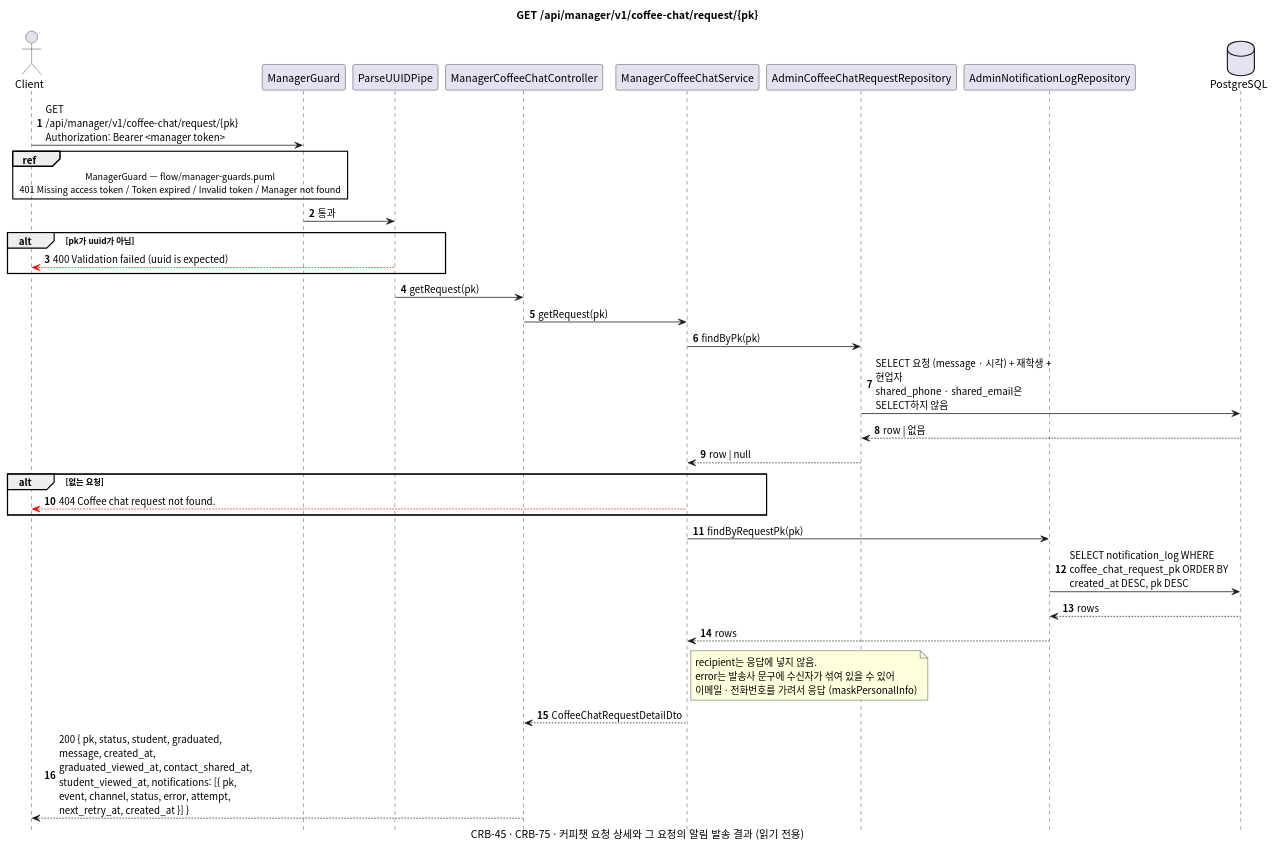
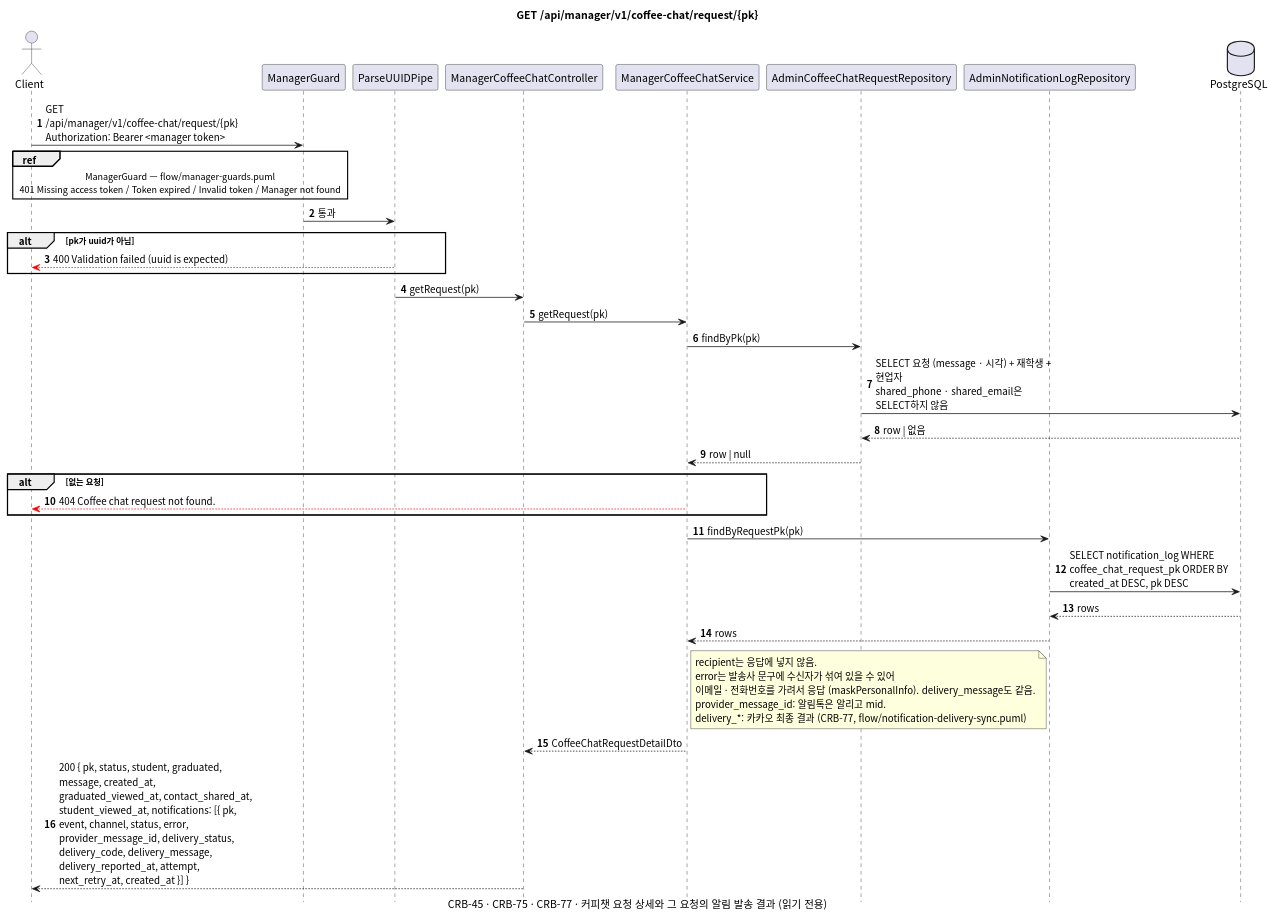
The diagram in docs/sequence/manager/get-coffee-chat-request-pk.puml (gsainfoteam/cheers-be), drawn with PlantUML before and after one commit. The commit also changed 5 other files, not shown here.

Commit message:
- docs: add sequence diagram for alimtalk delivery sync (CRB-77)

```diff
--- a/docs/sequence/manager/get-coffee-chat-request-pk.puml
+++ b/docs/sequence/manager/get-coffee-chat-request-pk.puml
@@ -1,50 +1,52 @@
 @startuml get-manager-coffee-chat-request-pk
 skinparam defaultFontName "Apple SD Gothic Neo", "Noto Sans CJK KR", sans-serif
 skinparam responseMessageBelowArrow true
 skinparam sequenceMessageAlign left
 skinparam maxMessageSize 260
 skinparam BoxPadding 8
 skinparam shadowing false
 autonumber
 hide footbox
 
 title GET /api/manager/v1/coffee-chat/request/{pk}
-caption CRB-45 · CRB-75 · 커피챗 요청 상세와 그 요청의 알림 발송 결과 (읽기 전용)
+caption CRB-45 · CRB-75 · CRB-77 · 커피챗 요청 상세와 그 요청의 알림 발송 결과 (읽기 전용)
 
 actor Client
 participant "ManagerGuard" as Guard
 participant "ParseUUIDPipe" as Pipe
 participant "ManagerCoffeeChatController" as Controller
 participant "ManagerCoffeeChatService" as Service
 participant "AdminCoffeeChatRequestRepository" as RequestRepository
 participant "AdminNotificationLogRepository" as LogRepository
 database PostgreSQL
 
 Client -> Guard: GET /api/manager/v1/coffee-chat/request/{pk}\nAuthorization: Bearer <manager token>
 ref over Client, Guard: ManagerGuard — flow/manager-guards.puml\n401 Missing access token / Token expired / Invalid token / Manager not found
 Guard -> Pipe: 통과
 alt pk가 uuid가 아님
   Pipe -[#red]-> Client: 400 Validation failed (uuid is expected)
 end
 Pipe -> Controller: getRequest(pk)
 Controller -> Service: getRequest(pk)
 Service -> RequestRepository: findByPk(pk)
 RequestRepository -> PostgreSQL: SELECT 요청 (message · 시각) + 재학생 + 현업자\nshared_phone · shared_email은 SELECT하지 않음
 PostgreSQL --> RequestRepository: row | 없음
 RequestRepository --> Service: row | null
 alt 없는 요청
   Service -[#red]-> Client: 404 Coffee chat request not found.
 end
 Service -> LogRepository: findByRequestPk(pk)
 LogRepository -> PostgreSQL: SELECT notification_log WHERE coffee_chat_request_pk ORDER BY created_at DESC, pk DESC
 PostgreSQL --> LogRepository: rows
 LogRepository --> Service: rows
 note right of Service
   recipient는 응답에 넣지 않음.
   error는 발송사 문구에 수신자가 섞여 있을 수 있어
-  이메일 · 전화번호를 가려서 응답 (maskPersonalInfo)
+  이메일 · 전화번호를 가려서 응답 (maskPersonalInfo). delivery_message도 같음.
+  provider_message_id: 알림톡은 알리고 mid.
+  delivery_*: 카카오 최종 결과 (CRB-77, flow/notification-delivery-sync.puml)
 end note
 Service --> Controller: CoffeeChatRequestDetailDto
-Controller --> Client: 200 { pk, status, student, graduated, message, created_at, graduated_viewed_at, contact_shared_at, student_viewed_at, notifications: [{ pk, event, channel, status, error, attempt, next_retry_at, created_at }] }
+Controller --> Client: 200 { pk, status, student, graduated, message, created_at, graduated_viewed_at, contact_shared_at, student_viewed_at, notifications: [{ pk, event, channel, status, error, provider_message_id, delivery_status, delivery_code, delivery_message, delivery_reported_at, attempt, next_retry_at, created_at }] }
 
 @enduml
```
